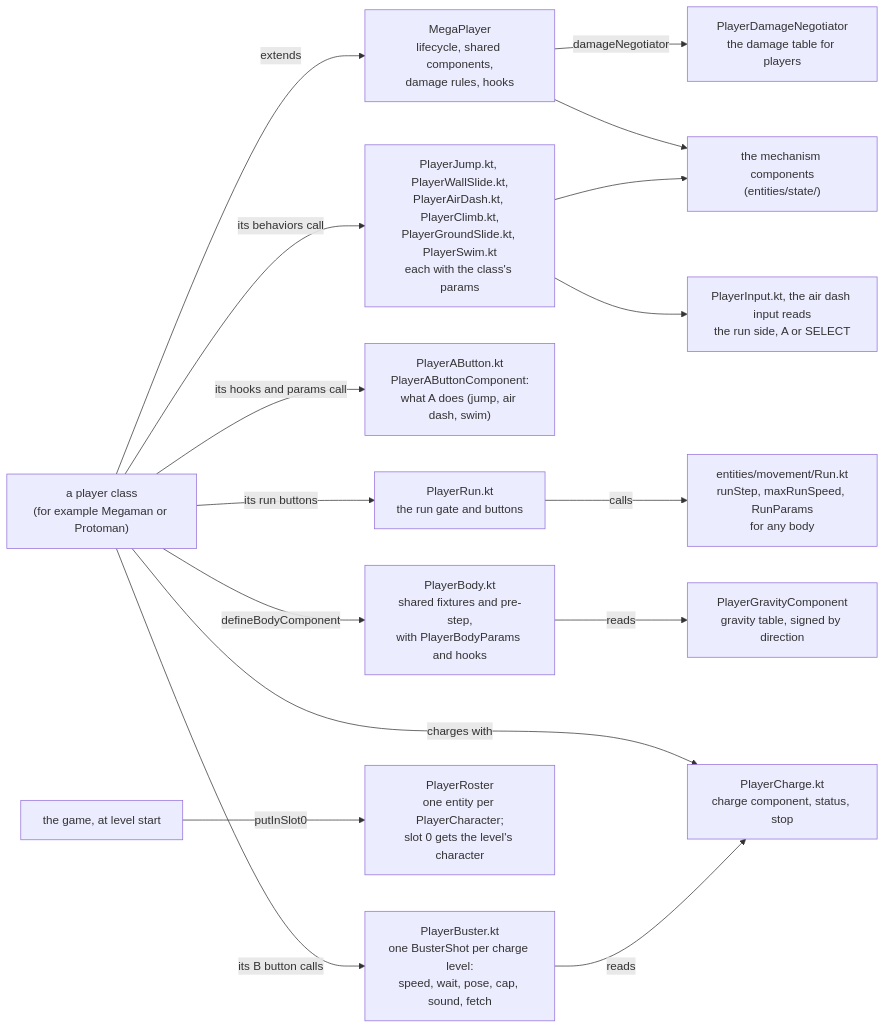
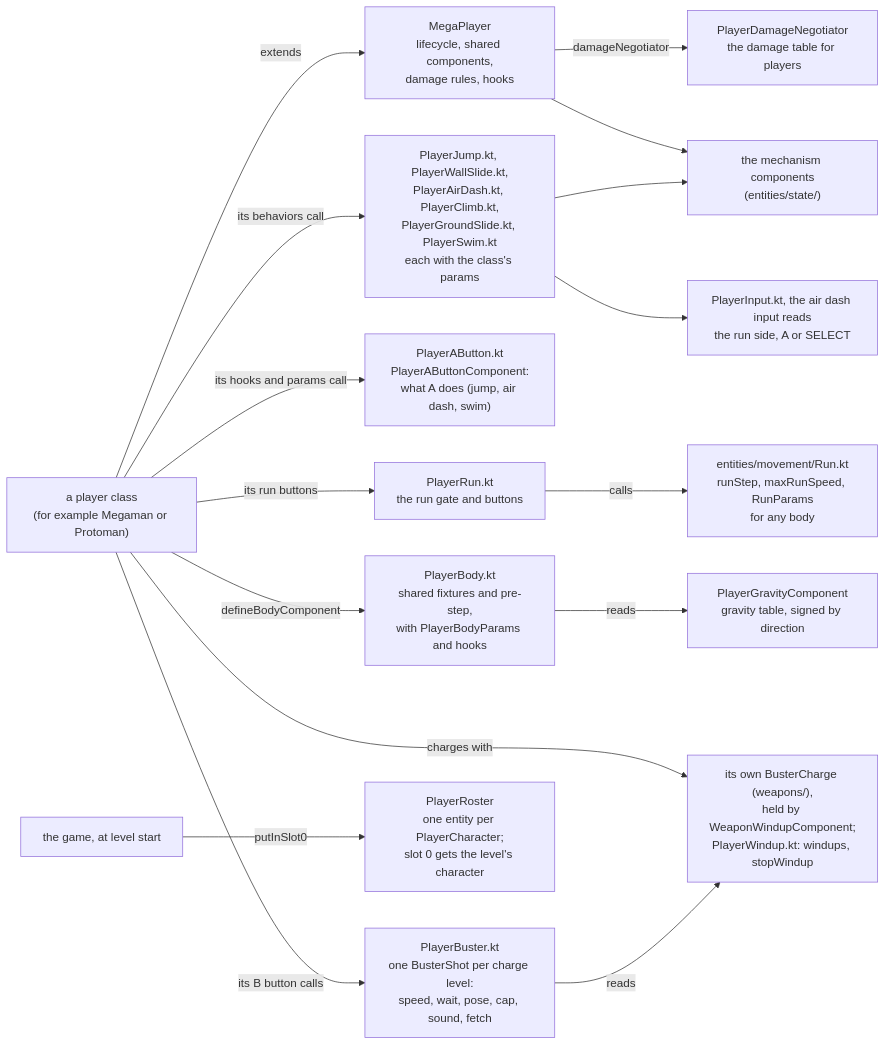
One commit to JohnLavender474/Megaman-Maverick changed the first of 2 diagrams in core/src/main/kotlin/com/megaman/maverick/game/players/README.md. Above: the diagram before and after it, drawn with Mermaid. The commit also changed other lines of this file and 26 other files, not shown here.

First line of the commit message:
refactor(188a): weapon charge becomes a per-player WeaponWindup; BusterCharge with hooks; stopCharging -> stopWindup

````diff
--- a/core/src/main/kotlin/com/megaman/maverick/game/players/README.md
+++ b/core/src/main/kotlin/com/megaman/maverick/game/players/README.md
@@ -35,18 +35,18 @@
 ```mermaid
 flowchart LR
     Class["a player class<br/>(for example Megaman or Protoman)"] -- "extends" --> Base["MegaPlayer<br/>lifecycle, shared components,<br/>damage rules, hooks"]
     Base -- "damageNegotiator" --> Negotiator["PlayerDamageNegotiator<br/>the damage table for players"]
     Class -- "its behaviors call" --> Moves["PlayerJump.kt, PlayerWallSlide.kt,<br/>PlayerAirDash.kt, PlayerClimb.kt,<br/>PlayerGroundSlide.kt, PlayerSwim.kt<br/>each with the class's params"]
     Class -- "its hooks and params call" --> ATask["PlayerAButton.kt<br/>PlayerAButtonComponent:<br/>what A does (jump, air dash, swim)"]
     Class -- "its run buttons" --> Run["PlayerRun.kt<br/>the run gate and buttons"]
     Run -- "calls" --> Step["entities/movement/Run.kt<br/>runStep, maxRunSpeed, RunParams<br/>for any body"]
     Class -- "defineBodyComponent" --> Body["PlayerBody.kt<br/>shared fixtures and pre-step,<br/>with PlayerBodyParams and hooks"]
     Body -- "reads" --> Gravity["PlayerGravityComponent<br/>gravity table, signed by direction"]
     Class -- "its B button calls" --> Buster["PlayerBuster.kt<br/>one BusterShot per charge level:<br/>speed, wait, pose, cap, sound, fetch"]
-    Class -- "charges with" --> Charge["PlayerCharge.kt<br/>charge component, status, stop"]
+    Class -- "charges with" --> Charge["its own BusterCharge (weapons/),<br/>held by WeaponWindupComponent;<br/>PlayerWindup.kt: windups, stopWindup"]
     Buster -- "reads" --> Charge
     Moves --> Input["PlayerInput.kt, the air dash input reads<br/>the run side, A or SELECT"]
     Game["the game, at level start"] -- "putInSlot0" --> Roster["PlayerRoster<br/>one entity per PlayerCharacter;<br/>slot 0 gets the level's character"]
     Base --> State["the mechanism components<br/>(entities/state/)"]
     Moves --> State
 ```
````
